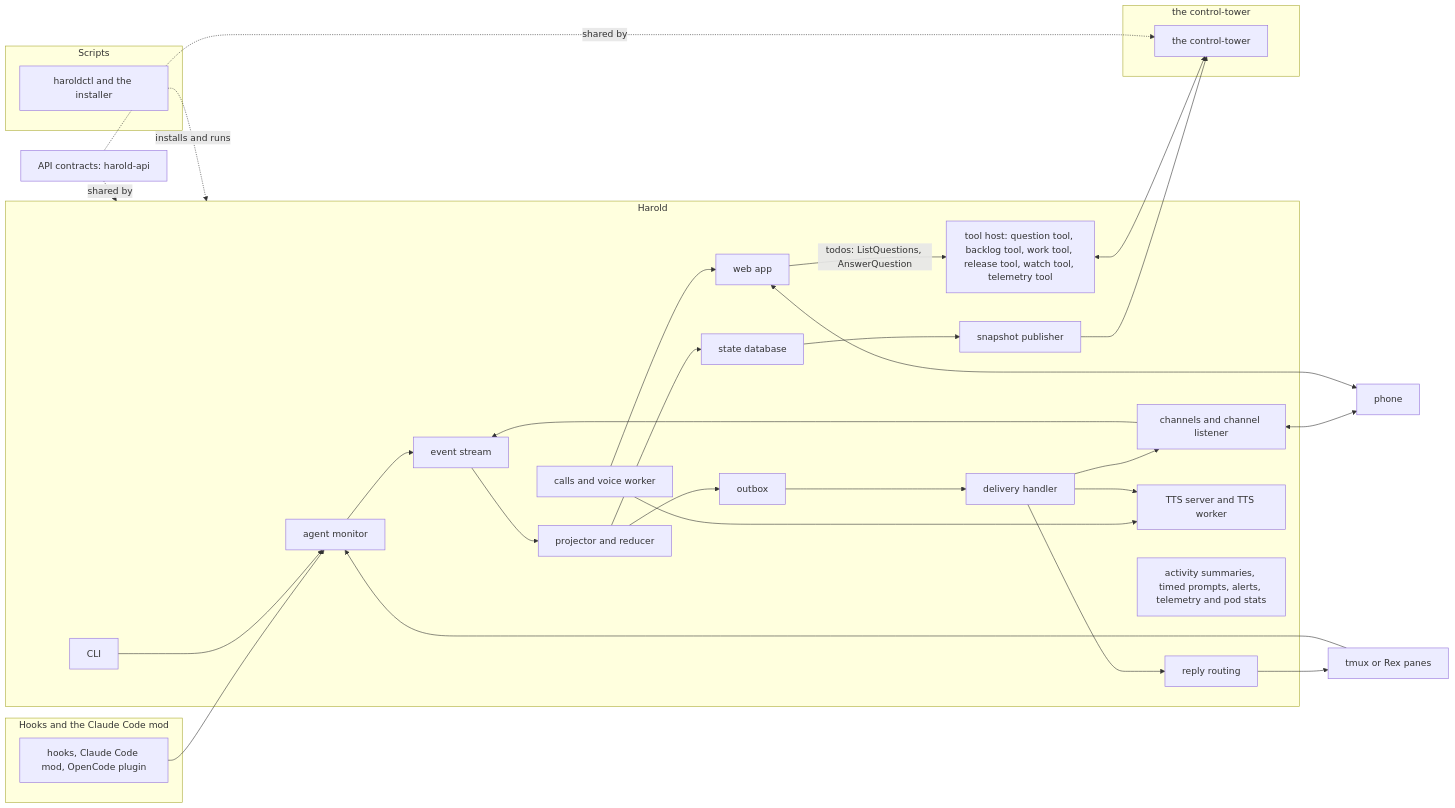
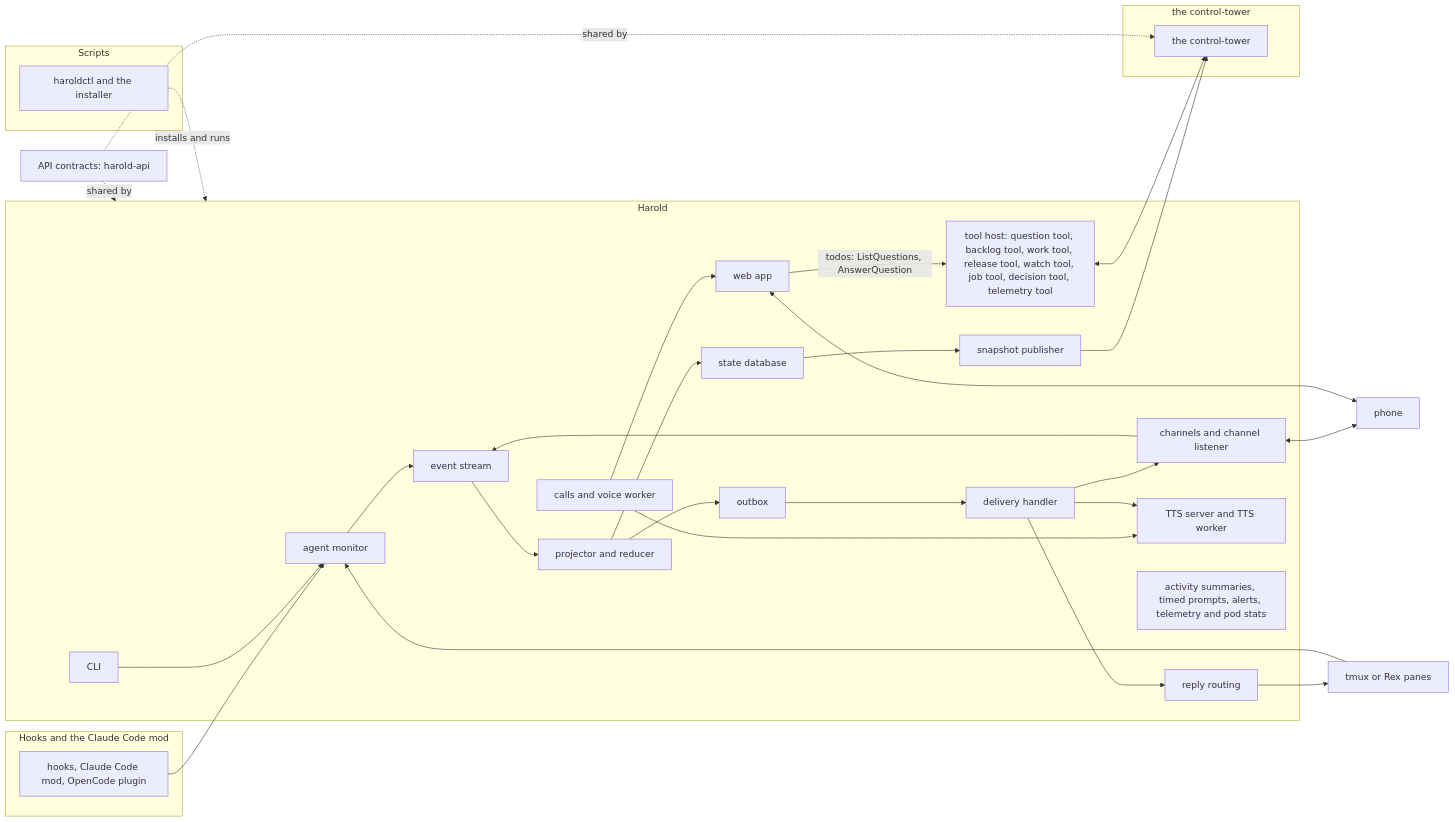
One commit to kahgeh/harold changed the first of 2 diagrams in docs/explanations/architecture.md. Above: the diagram before and after it, drawn with Mermaid. The commit also changed other lines of this file and 4 other files, not shown here.

Commit message:
docs: decision tool reference, ADR 0039, glossary and architecture

````diff
--- a/docs/explanations/architecture.md
+++ b/docs/explanations/architecture.md
@@ -11,61 +11,61 @@
 ```mermaid
 flowchart LR
   subgraph hooksg["Hooks and the Claude Code mod"]
     hooks["hooks, Claude Code mod, OpenCode plugin"]
   end
 
   subgraph harold["Harold"]
     monitor["agent monitor"]
     stream["event stream"]
     projector["projector and reducer"]
     statedb["state database"]
     outbox["outbox"]
     handler["delivery handler"]
     channels["channels and channel listener"]
     routing["reply routing"]
     publisher["snapshot publisher"]
-    toolhost["tool host: question tool, backlog tool, work tool, release tool, watch tool, telemetry tool"]
+    toolhost["tool host: question tool, backlog tool, work tool, release tool, watch tool, job tool, decision tool, telemetry tool"]
     voice["calls and voice worker"]
     tts["TTS server and TTS worker"]
     webapp["web app"]
     extras["activity summaries, timed prompts, alerts, telemetry and pod stats"]
     cli["CLI"]
   end
 
   subgraph dashg["the control-tower"]
     dash["the control-tower"]
   end
 
   subgraph scriptsg["Scripts"]
     ctl["haroldctl and the installer"]
   end
 
   api["API contracts: harold-api"]
   phone["phone"]
   panes["tmux or Rex panes"]
 
   hooks --> monitor
   panes --> monitor
   monitor --> stream
   channels --> stream
   stream --> projector
   projector --> statedb
   projector --> outbox
   outbox --> handler
   handler --> channels
   handler --> routing
   routing --> panes
   channels <--> phone
   webapp <--> phone
   statedb --> publisher
   publisher --> dash
   toolhost <--> dash
   webapp -->|"todos: ListQuestions, AnswerQuestion"| toolhost
   voice --> webapp
   voice --> tts
   handler --> tts
   cli --> monitor
   ctl -. installs and runs .-> harold
   api -. shared by .-> harold
   api -. shared by .-> dash
 ```
````
